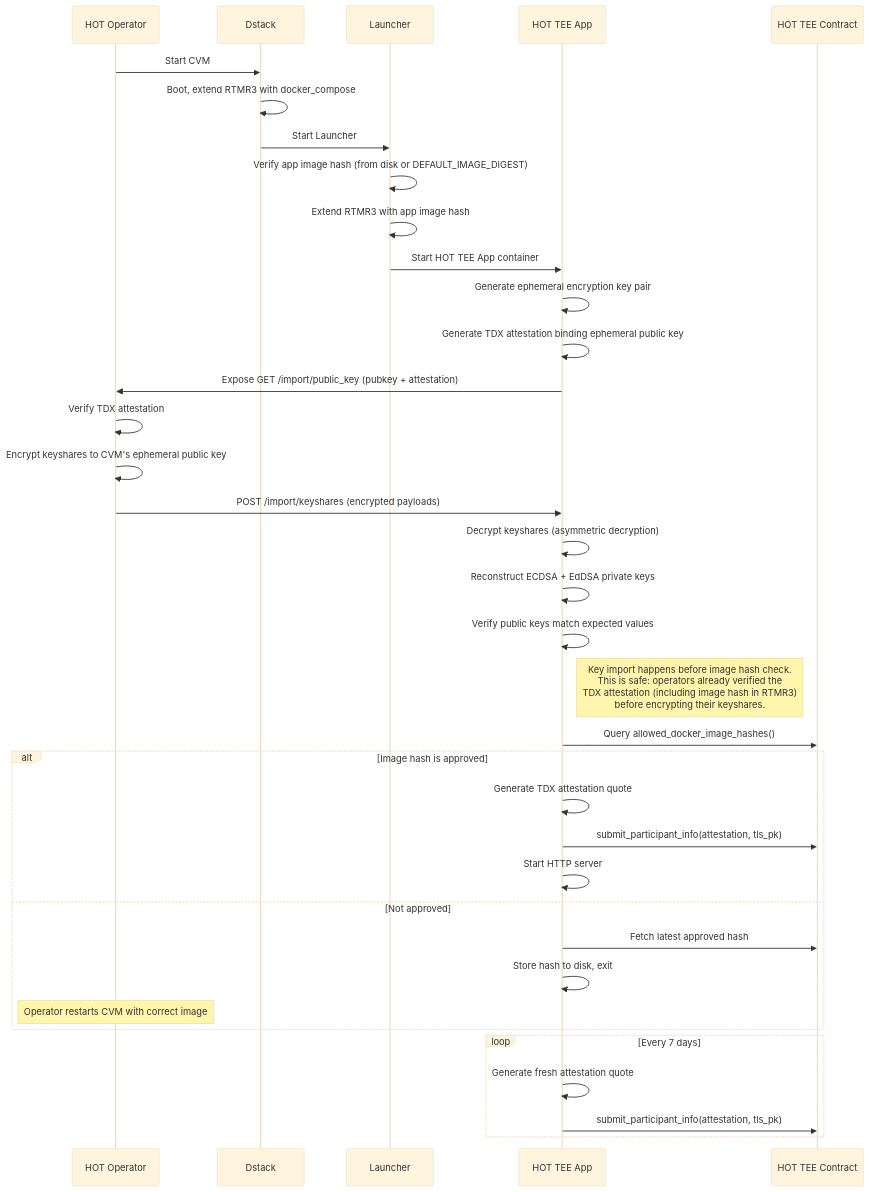
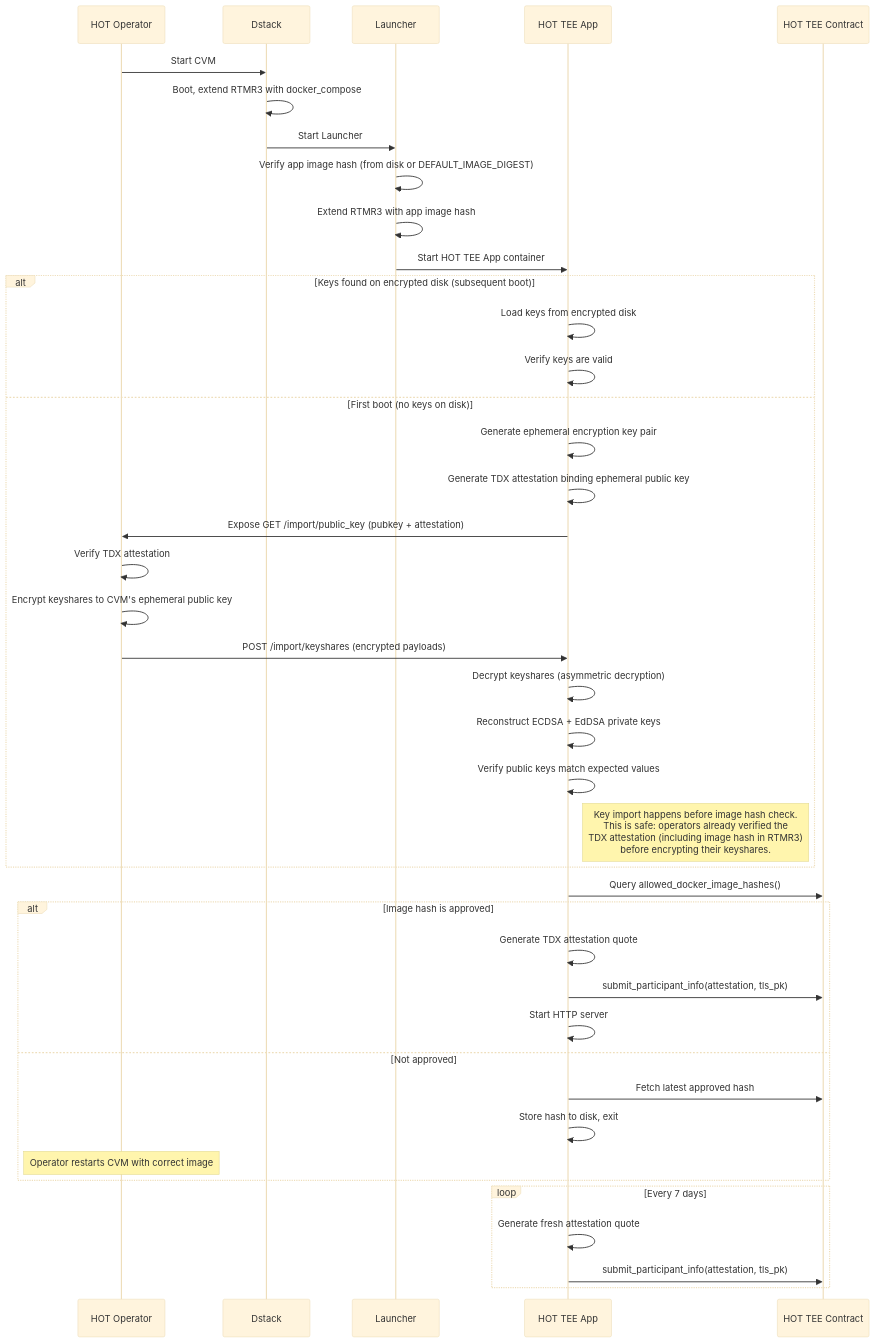
Before and after one commit to near/mpc: the fourth of 4 diagrams in docs/hot-tee-signing-design.md, drawn with Mermaid (base theme). The commit also changed other lines of this file, not shown here.

````diff
--- a/docs/hot-tee-signing-design.md
+++ b/docs/hot-tee-signing-design.md
@@ -446,44 +465,49 @@
 ```mermaid
 sequenceDiagram
     participant OP as HOT Operator
     participant DS as Dstack
     participant LA as Launcher
     participant APP as HOT TEE App
     participant HC as HOT TEE Contract
 
     OP ->> DS: Start CVM
     DS ->> DS: Boot, extend RTMR3 with docker_compose
     DS ->> LA: Start Launcher
     LA ->> LA: Verify app image hash (from disk or DEFAULT_IMAGE_DIGEST)
     LA ->> LA: Extend RTMR3 with app image hash
     LA ->> APP: Start HOT TEE App container
 
-    APP ->> APP: Generate ephemeral encryption key pair
-    APP ->> APP: Generate TDX attestation binding ephemeral public key
-    APP ->> OP: Expose GET /import/public_key (pubkey + attestation)
+    alt Keys found on encrypted disk (subsequent boot)
+        APP ->> APP: Load keys from encrypted disk
+        APP ->> APP: Verify keys are valid
+    else First boot (no keys on disk)
+        APP ->> APP: Generate ephemeral encryption key pair
+        APP ->> APP: Generate TDX attestation binding ephemeral public key
+        APP ->> OP: Expose GET /import/public_key (pubkey + attestation)
 
-    OP ->> OP: Verify TDX attestation
-    OP ->> OP: Encrypt keyshares to CVM's ephemeral public key
-    OP ->> APP: POST /import/keyshares (encrypted payloads)
+        OP ->> OP: Verify TDX attestation
+        OP ->> OP: Encrypt keyshares to CVM's ephemeral public key
+        OP ->> APP: POST /import/keyshares (encrypted payloads)
 
-    APP ->> APP: Decrypt keyshares (asymmetric decryption)
-    APP ->> APP: Reconstruct ECDSA + EdDSA private keys
-    APP ->> APP: Verify public keys match expected values
-    Note right of APP: Key import happens before image hash check.<br/>This is safe: operators already verified the<br/>TDX attestation (including image hash in RTMR3)<br/>before encrypting their keyshares.
+        APP ->> APP: Decrypt keyshares (asymmetric decryption)
+        APP ->> APP: Reconstruct ECDSA + EdDSA private keys
+        APP ->> APP: Verify public keys match expected values
+        Note right of APP: Key import happens before image hash check.<br/>This is safe: operators already verified the<br/>TDX attestation (including image hash in RTMR3)<br/>before encrypting their keyshares.
+    end
 
     APP ->> HC: Query allowed_docker_image_hashes()
     alt Image hash is approved
         APP ->> APP: Generate TDX attestation quote
         APP ->> HC: submit_participant_info(attestation, tls_pk)
         APP ->> APP: Start HTTP server
     else Not approved
         APP ->> HC: Fetch latest approved hash
         APP ->> APP: Store hash to disk, exit
         Note over OP: Operator restarts CVM with correct image
     end
 
     loop Every 7 days
         APP ->> APP: Generate fresh attestation quote
         APP ->> HC: submit_participant_info(attestation, tls_pk)
     end
 ```
````
